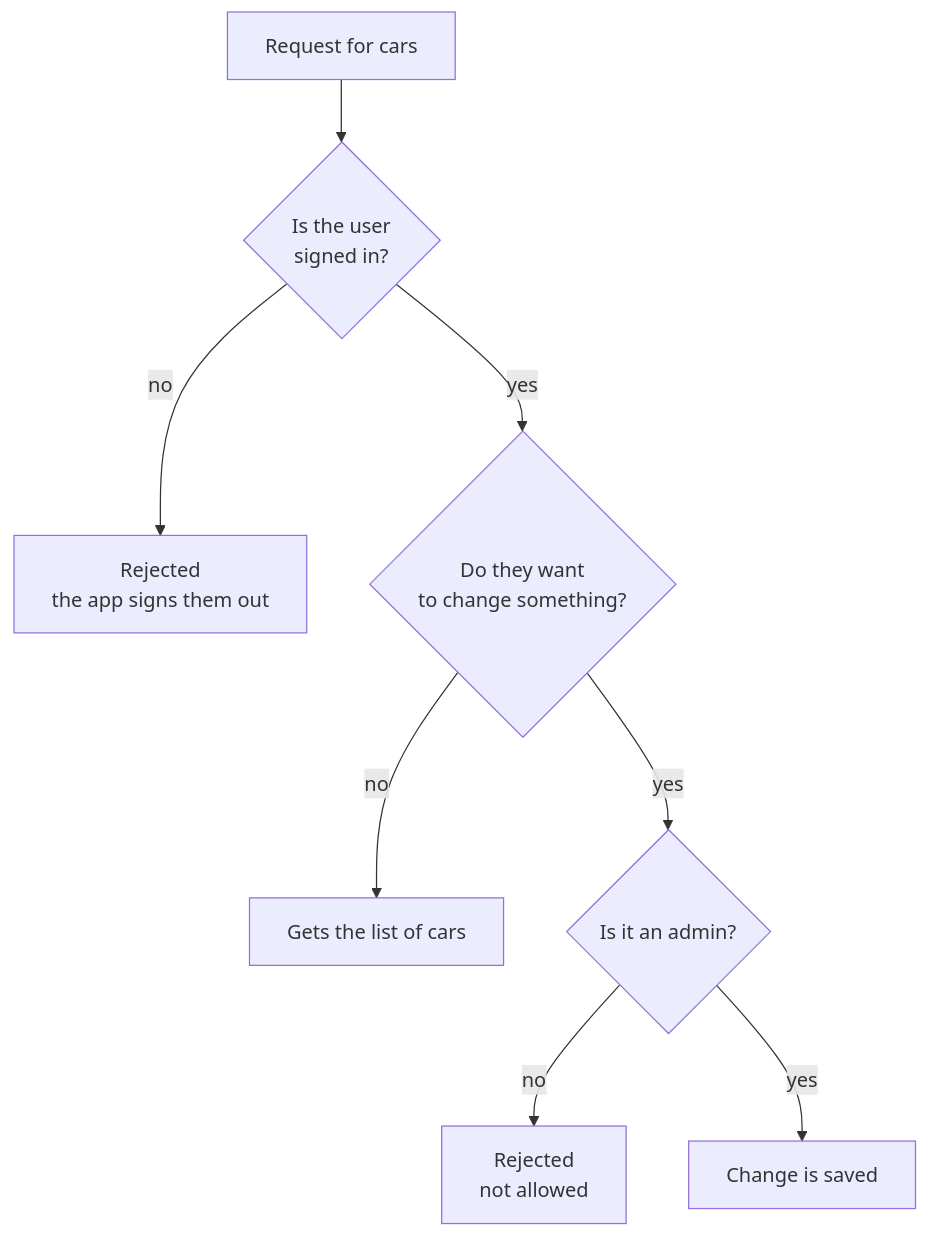
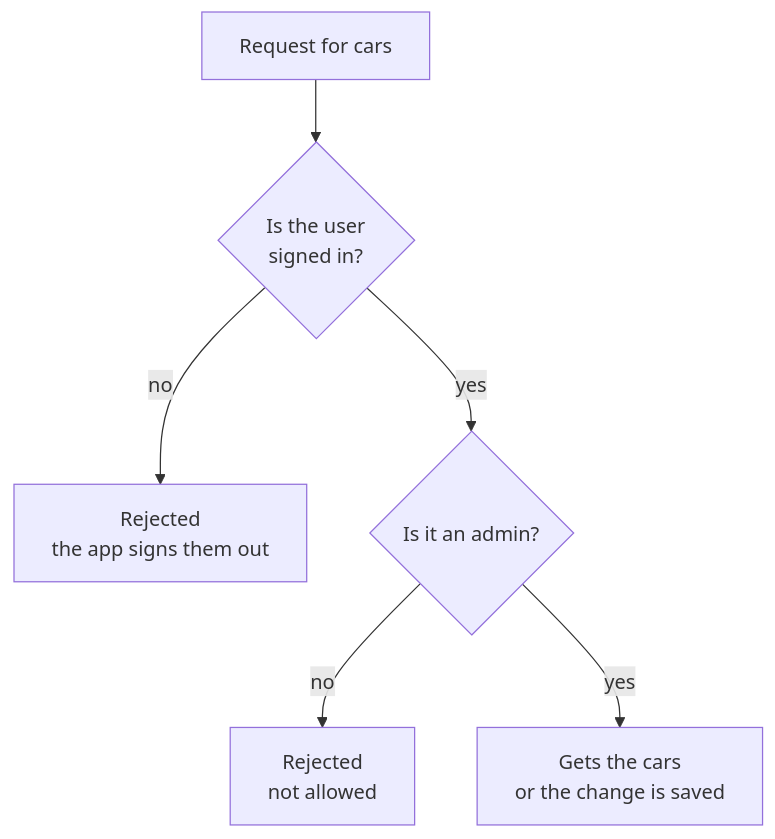
One commit to Matus1232/car-fleet- changed the third of 3 diagrams in README.en.md. Above: the diagram before and after it, drawn with Mermaid. The commit also changed other lines of this file and 4 other files, not shown here.

````diff
--- a/README.en.md
+++ b/README.en.md
@@ -116,10 +118,8 @@
 ```mermaid
 flowchart TD
     R["Request for cars"] --> T{"Is the user<br>signed in?"}
     T -- no --> E1["Rejected<br>the app signs them out"]
-    T -- yes --> W{"Do they want<br>to change something?"}
-    W -- no --> OK["Gets the list of cars"]
-    W -- yes --> AD{"Is it an admin?"}
+    T -- yes --> AD{"Is it an admin?"}
     AD -- no --> E2["Rejected<br>not allowed"]
-    AD -- yes --> OK2["Change is saved"]
+    AD -- yes --> OK["Gets the cars<br>or the change is saved"]
 ```
````
